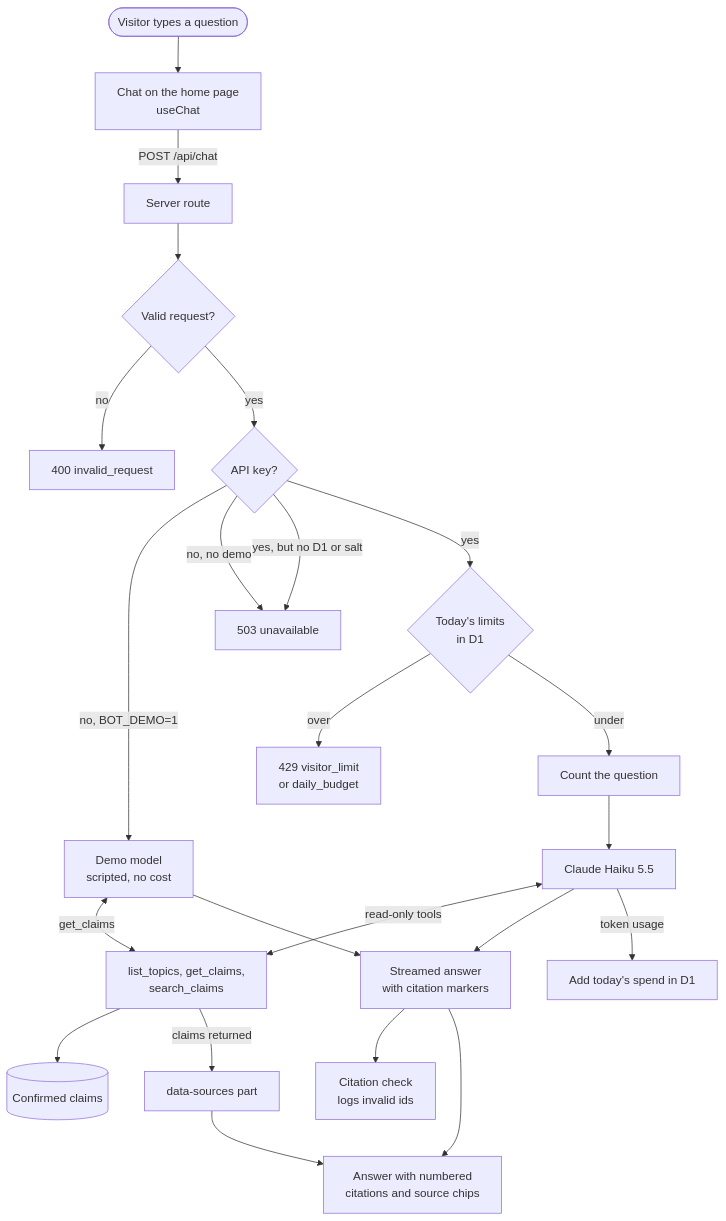
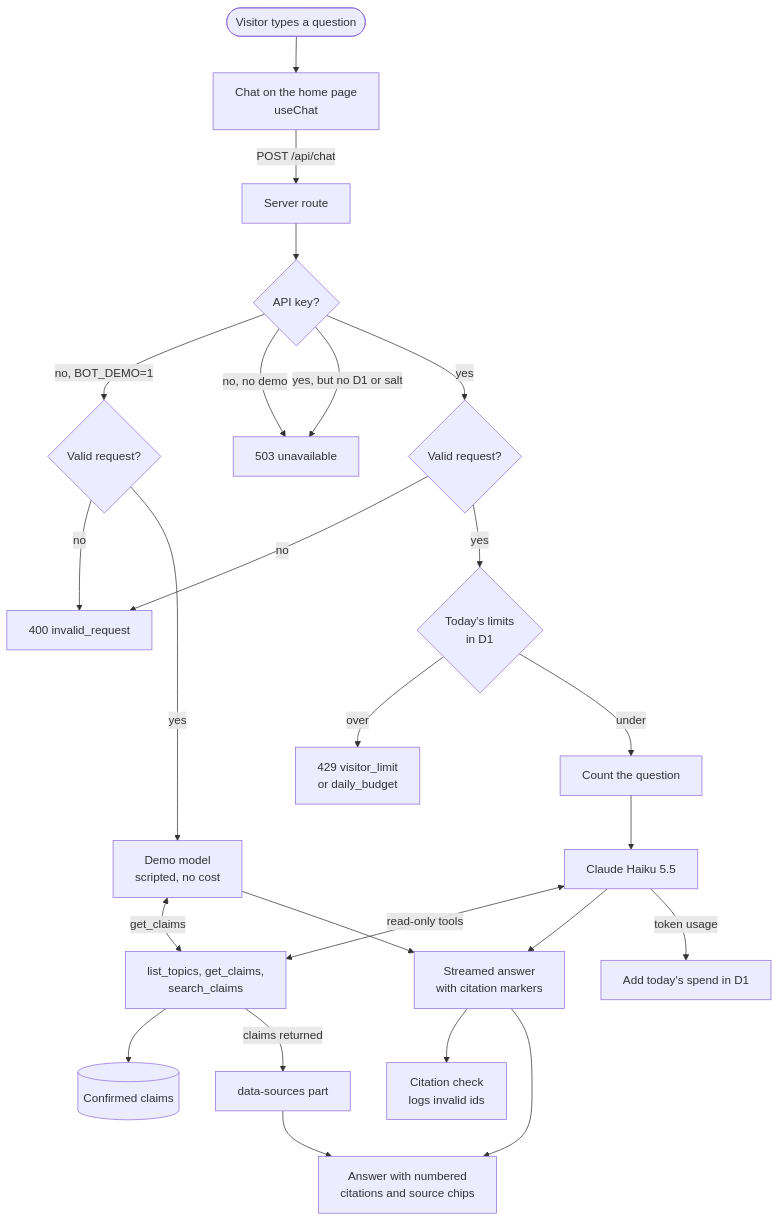
Before and after one commit to Zitric/julianpalomo.dev: the diagram in docs/architecture.md, drawn with Mermaid. The commit also changed other lines of this file, not shown here.

Commit message:
draw the checks in the order the code runs them

````diff
--- a/docs/architecture.md
+++ b/docs/architecture.md
@@ -6,25 +6,27 @@
 ```mermaid
 flowchart TD
   visitor([Visitor types a question]) --> chat[Chat on the home page<br/>useChat]
   chat -->|POST /api/chat| route[Server route]
-  route --> validate{Valid request?}
-  validate -->|no| r400[400 invalid_request]
-  validate -->|yes| key{API key?}
-  key -->|no, BOT_DEMO=1| demo[Demo model<br/>scripted, no cost]
+  route --> key{API key?}
+  key -->|no, BOT_DEMO=1| validateDemo{Valid request?}
   key -->|no, no demo| r503[503 unavailable]
   key -->|yes, but no D1 or salt| r503
-  key -->|yes| limits{Today's limits<br/>in D1}
+  key -->|yes| validate{Valid request?}
+  validate -->|no| r400[400 invalid_request]
+  validateDemo -->|no| r400
+  validateDemo -->|yes| demo[Demo model<br/>scripted, no cost]
+  validate -->|yes| limits{Today's limits<br/>in D1}
   limits -->|over| r429[429 visitor_limit<br/>or daily_budget]
   limits -->|under| count[Count the question]
   count --> model[Claude Haiku 5.5]
   model <-->|read-only tools| tools[list_topics, get_claims,<br/>search_claims]
   demo <-->|get_claims| tools
   tools --> claims[(Confirmed claims)]
   tools -->|claims returned| sources[data-sources part]
   model --> stream[Streamed answer<br/>with citation markers]
   demo --> stream
   stream --> check[Citation check<br/>logs invalid ids]
   model -->|token usage| spend[Add today's spend in D1]
   stream --> render[Answer with numbered<br/>citations and source chips]
   sources --> render
 ```
````
